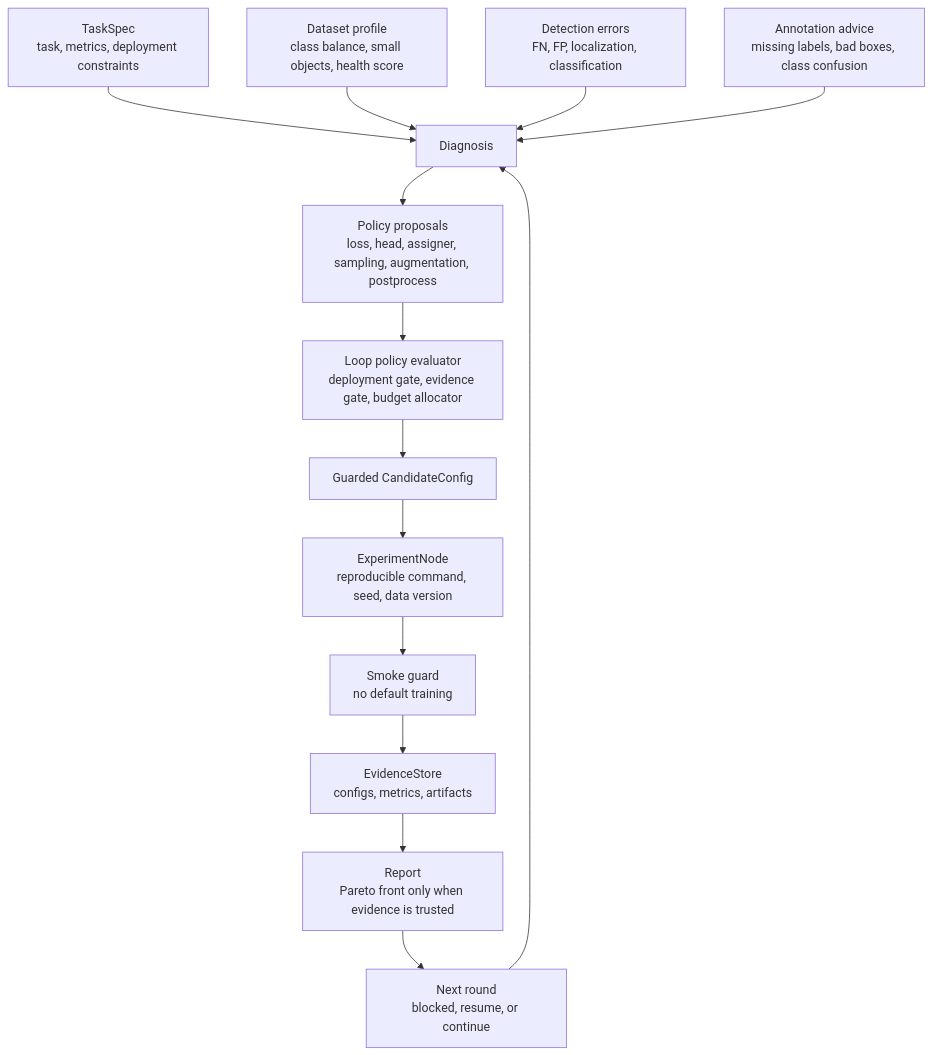
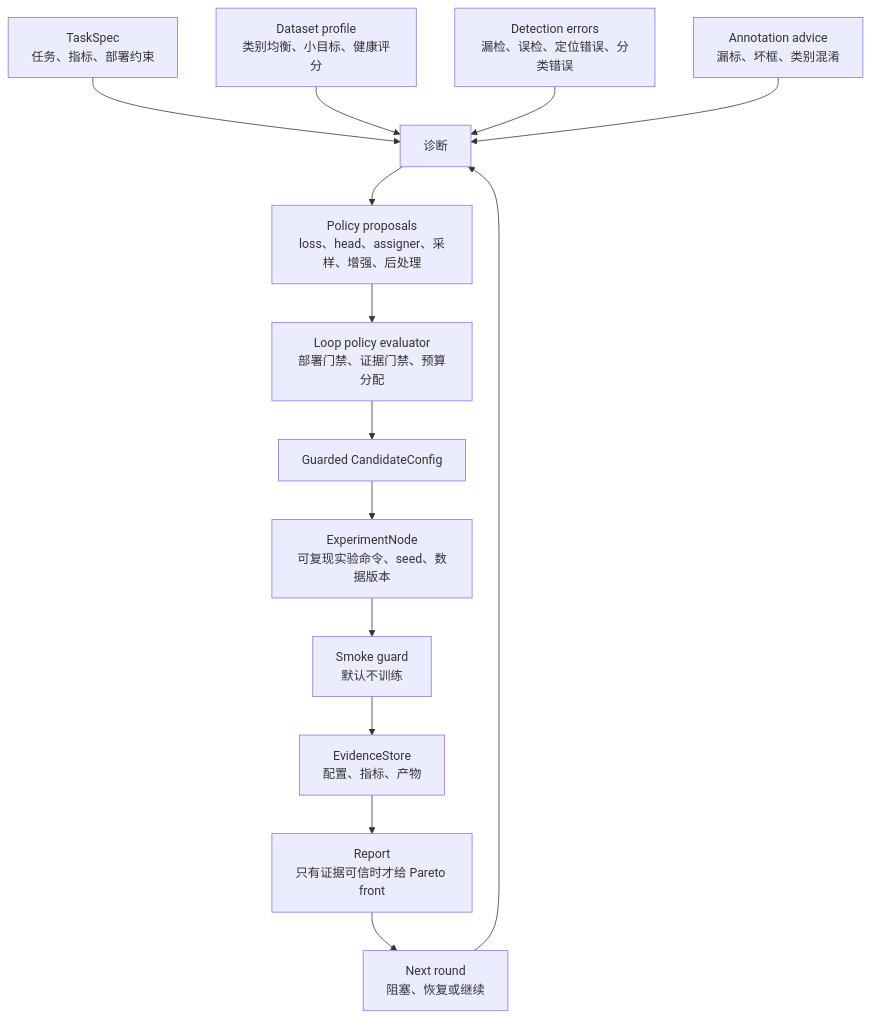
The diagram in README.md (whut09/YOLO-Agent), drawn with Mermaid before and after one commit. The commit also changed other lines of this file, not shown here.

Commit message:
Make README bilingual with Chinese default

````diff
--- a/README.md
+++ b/README.md
@@ -18,17 +20,17 @@
 ```mermaid
 flowchart TD
-    A["TaskSpec<br/>task, metrics, deployment constraints"] --> D["Diagnosis"]
-    B["Dataset profile<br/>class balance, small objects, health score"] --> D
-    C["Detection errors<br/>FN, FP, localization, classification"] --> D
-    Q["Annotation advice<br/>missing labels, bad boxes, class confusion"] --> D
+    A["TaskSpec<br/>任务、指标、部署约束"] --> D["诊断"]
+    B["Dataset profile<br/>类别均衡、小目标、健康评分"] --> D
+    C["Detection errors<br/>漏检、误检、定位错误、分类错误"] --> D
+    Q["Annotation advice<br/>漏标、坏框、类别混淆"] --> D
 
-    D --> P["Policy proposals<br/>loss, head, assigner, sampling, augmentation, postprocess"]
-    P --> G["Loop policy evaluator<br/>deployment gate, evidence gate, budget allocator"]
+    D --> P["Policy proposals<br/>loss、head、assigner、采样、增强、后处理"]
+    P --> G["Loop policy evaluator<br/>部署门禁、证据门禁、预算分配"]
     G --> CAND["Guarded CandidateConfig"]
-    CAND --> EXP["ExperimentNode<br/>reproducible command, seed, data version"]
-    EXP --> S["Smoke guard<br/>no default training"]
-    S --> E["EvidenceStore<br/>configs, metrics, artifacts"]
-    E --> R["Report<br/>Pareto front only when evidence is trusted"]
-    R --> N["Next round<br/>blocked, resume, or continue"]
+    CAND --> EXP["ExperimentNode<br/>可复现实验命令、seed、数据版本"]
+    EXP --> S["Smoke guard<br/>默认不训练"]
+    S --> E["EvidenceStore<br/>配置、指标、产物"]
+    E --> R["Report<br/>只有证据可信时才给 Pareto front"]
+    R --> N["Next round<br/>阻塞、恢复或继续"]
     N --> D
 ```
````
